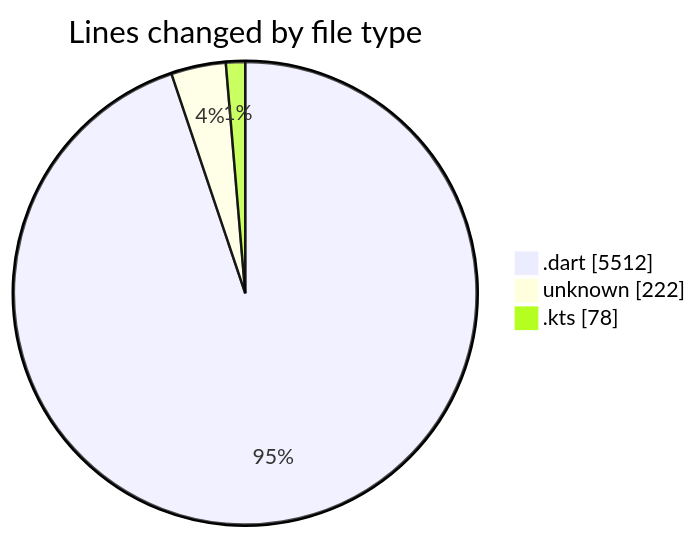
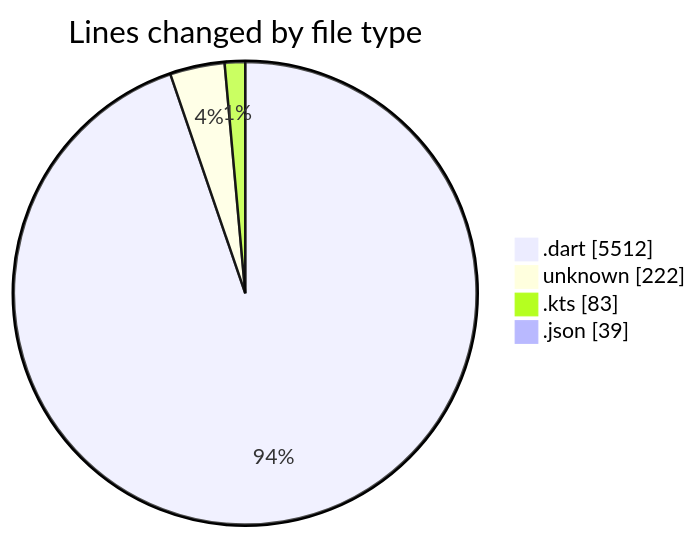
One commit to lephambinh05/code-tracking changed the first of 2 diagrams in 2025-08-05/studybuddy/README.md. Above: the diagram before and after it, drawn with Mermaid. The commit also changed other lines of this file and 1 other file, not shown here.

````diff
--- a/2025-08-05/studybuddy/README.md
+++ b/2025-08-05/studybuddy/README.md
@@ -36,7 +37,8 @@
 ```mermaid
 pie showData
 title Lines changed by file type
 ".dart" : 5512
 "unknown" : 222
-".kts" : 78
+".kts" : 83
+".json" : 39
 ```
````
